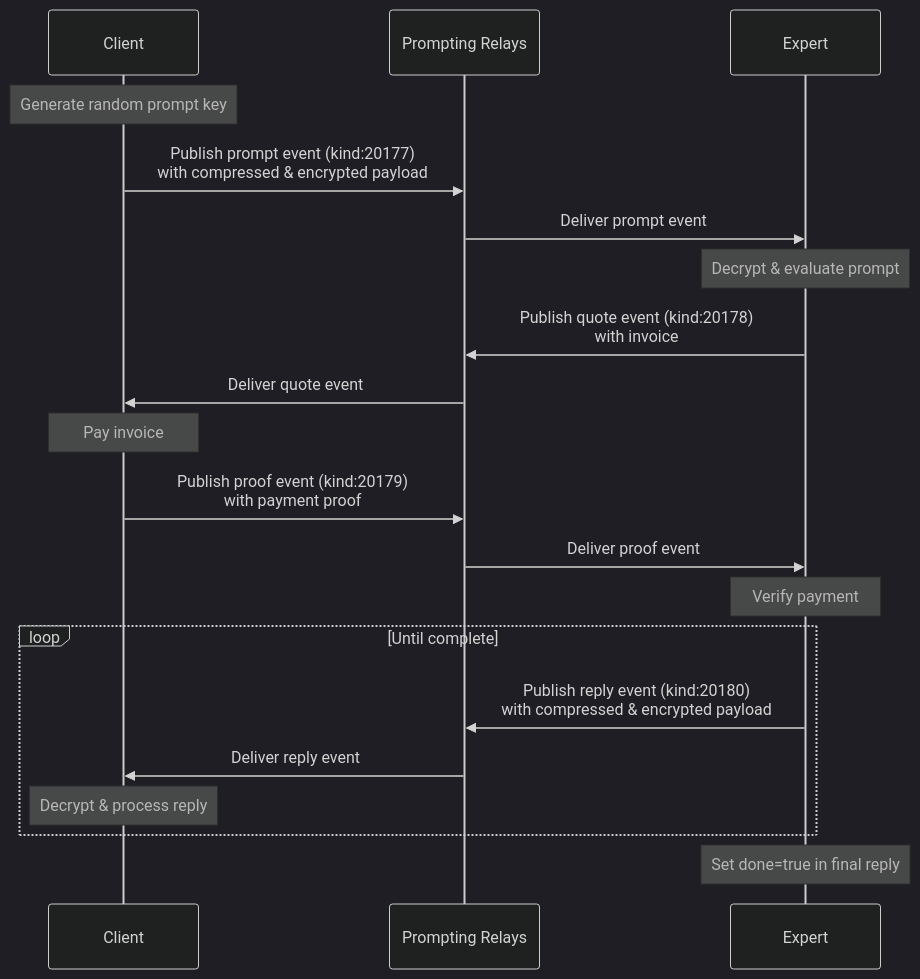
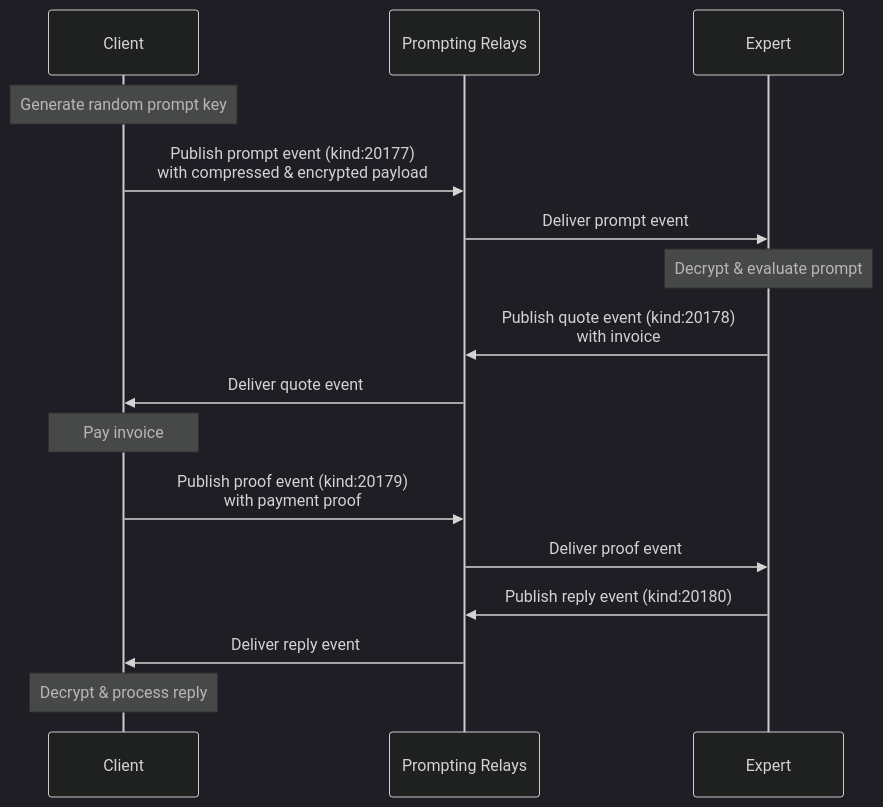
Before and after one commit to nostrband/askexperts: the second of 2 diagrams in NIP-174.md, drawn with Mermaid (dark theme). The commit also changed other lines of this file, not shown here.

````diff
--- a/NIP-174.md
+++ b/NIP-174.md
@@ -217,28 +223,22 @@
 ```mermaid
 sequenceDiagram
     participant Client
     participant PromptingRelays as Prompting Relays
     participant Expert
-    
+
     Note over Client: Generate random prompt key
     Client->>PromptingRelays: Publish prompt event (kind:20177)<br/>with compressed & encrypted payload
     PromptingRelays->>Expert: Deliver prompt event
-    
+
     Note over Expert: Decrypt & evaluate prompt
     Expert->>PromptingRelays: Publish quote event (kind:20178)<br/>with invoice
     PromptingRelays->>Client: Deliver quote event
-    
+
     Note over Client: Pay invoice
     Client->>PromptingRelays: Publish proof event (kind:20179)<br/>with payment proof
     PromptingRelays->>Expert: Deliver proof event
-    
-    Note over Expert: Verify payment
-    
-    loop Until complete
-        Expert->>PromptingRelays: Publish reply event (kind:20180)<br/>with compressed & encrypted payload
-        PromptingRelays->>Client: Deliver reply event
-        Note over Client: Decrypt & process reply
-    end
-    
-    Note over Expert: Set done=true in final reply
+
+    Expert->>PromptingRelays: Publish reply event (kind:20180)
+    PromptingRelays->>Client: Deliver reply event
+    Note over Client: Decrypt & process reply
 ```
````
